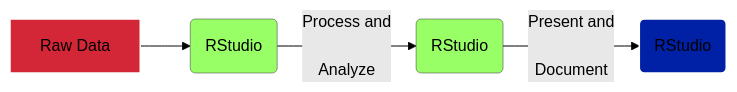
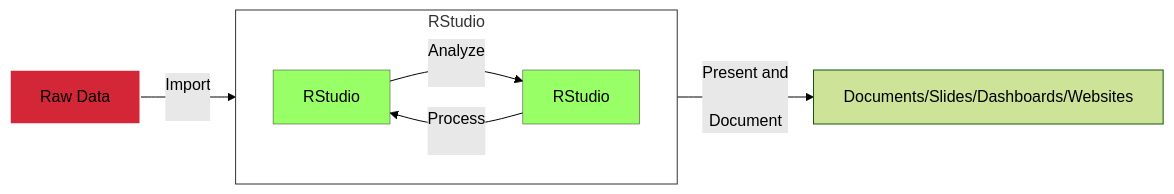
Diagram 13 of 14 in cultivate_coding.qmd (UF-SPLab/coding-capabilities-science), drawn with Mermaid before and after one commit. The commit also changed other lines of this file and 1 other file, not shown here.

````diff
--- a/cultivate_coding.qmd
+++ b/cultivate_coding.qmd
@@ -597,30 +677,34 @@
 ```{mermaid, echo=FALSE, warning=FALSE, message=FALSE, fig.width=12, fig.height=2}
+
 
 %%{init: {'theme':'forest'}}%%
 
 graph LR
-    A[Raw Data] --> B(RStudio)
-    B -->|Process and </tab> </br> </br> </tab> Analyze| C(RStudio)
-    C -->|Present and </tab> </br> </br> </tab> Document| D(RStudio)
+
+    A[Raw Data] -->|Import </br> </br> </tab> | C[RStudio]
     
+      subgraph RStudio
+            direction LR
+            B[RStudio]-->|Process</tab> </br> </br> </tab>| C
+            C -->| Analyze</tab> </br> </br> </tab> | B
+            
 
+        end
+
+
+  B -->|Present and </tab> </br> </br> </tab> Document| E[Documents/Slides/Dashboards/Websites]
+  
     classDef green fill:#9f6,stroke:#333,stroke-width:0.5px;
     classDef orange fill:#f96,stroke:#333,stroke-width:1px;
     classDef white fill:#fff,stroke:#333,stroke-width:1px; 
     classDef blue fill:#6699cc,stroke:#333,stroke-width:1px;
     classDef red fill:#D32737,stroke:#FFF,stroke-width:1.5px;
     classDef purple fill:#6A2A60,stroke:#FFF,stroke-width:1.5px;
     classDef royalblue fill:#0021A5,stroke:#FFF,stroke-width:1.5px;
     
+    class RStudio white
     class B,C green
     class A red
     class D royalblue
 
-    
-    %%style A fill:#f9f,stroke:#333,stroke-width:2px
-    %%style B fill:#bbf,stroke:#333,stroke-width:2px
-    %%style C fill:#fbf,stroke:#333,stroke-width:2px
-    %%style D fill:#bfb,stroke:#333,stroke-width:2px
-    %%style E fill:#ffb,stroke:#333,stroke-width:2px
-    
 ```
````
